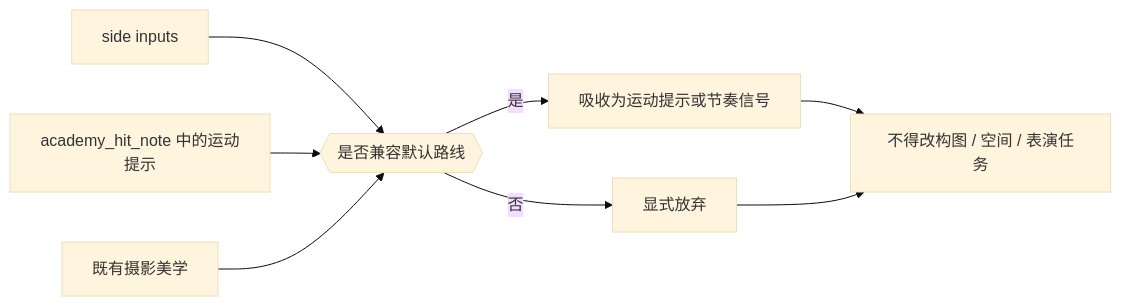
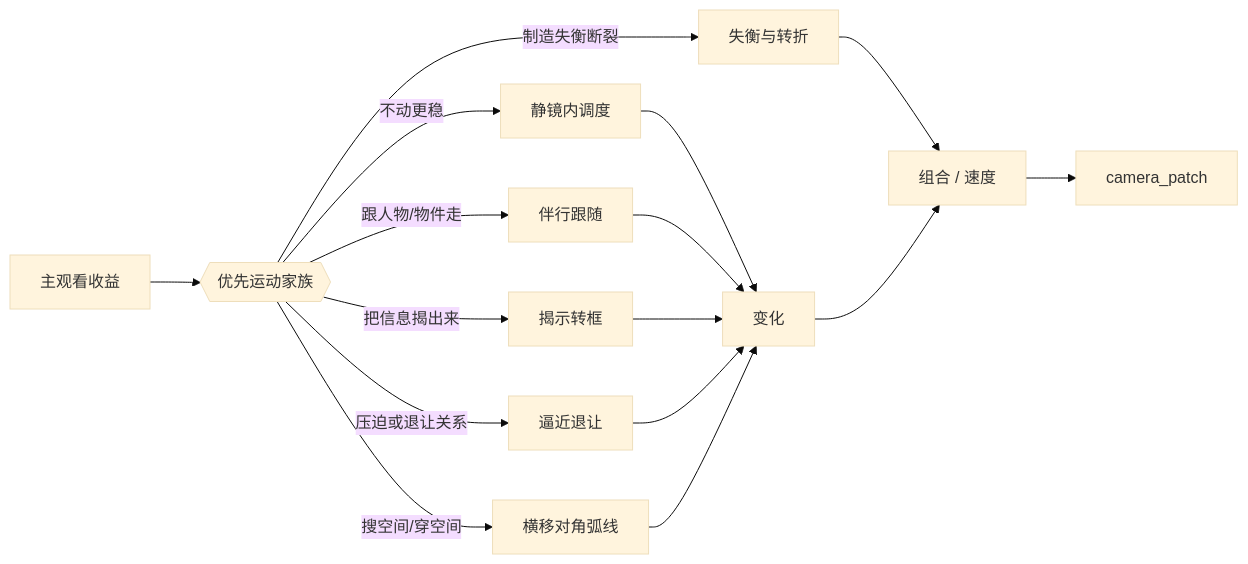
The second of 3 diagrams in .agents/skills/aigc/3-Detail/2-镜花/3-运镜手法/SKILL.md (ZEN-VOID/AI-CUT), drawn with Mermaid (base theme) before and after one commit. The commit also changed other lines of this file and 291 other files, not shown here.

````diff
--- a/.agents/skills/aigc/3-Detail/2-镜花/3-运镜手法/SKILL.md
+++ b/.agents/skills/aigc/3-Detail/2-镜花/3-运镜手法/SKILL.md
@@ -59,10 +64,18 @@
 ```mermaid
 flowchart LR
-    A["side inputs"] --> B{{"是否兼容默认路线"}}
-    A1["academy_hit_note 中的运动提示"] --> B
-    A2["既有摄影美学"] --> B
-    B -->|"是"| C["吸收为运动提示或节奏信号"]
-    B -->|"否"| D["显式放弃"]
-    C --> E["不得改构图 / 空间 / 表演任务"]
-    D --> E
+    A["主观看收益"] --> B{{"优先运动家族"}}
+    B -->|"不动更稳"| C["静镜内调度"]
+    B -->|"跟人物/物件走"| D["伴行跟随"]
+    B -->|"把信息揭出来"| E["揭示转框"]
+    B -->|"压迫或退让关系"| F["逼近退让"]
+    B -->|"搜空间/穿空间"| G["横移对角弧线"]
+    B -->|"制造失衡断裂"| H["失衡与转折"]
+    C --> I["变化"]
+    D --> I
+    E --> I
+    F --> I
+    G --> I
+    H --> J["组合 / 速度"]
+    I --> J
+    J --> K["camera_patch"]
 ```
````
